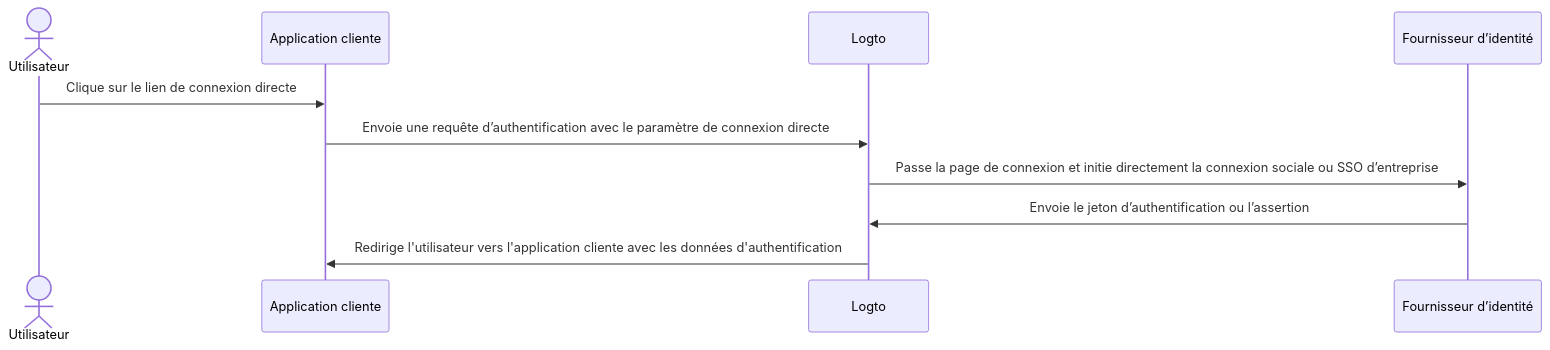
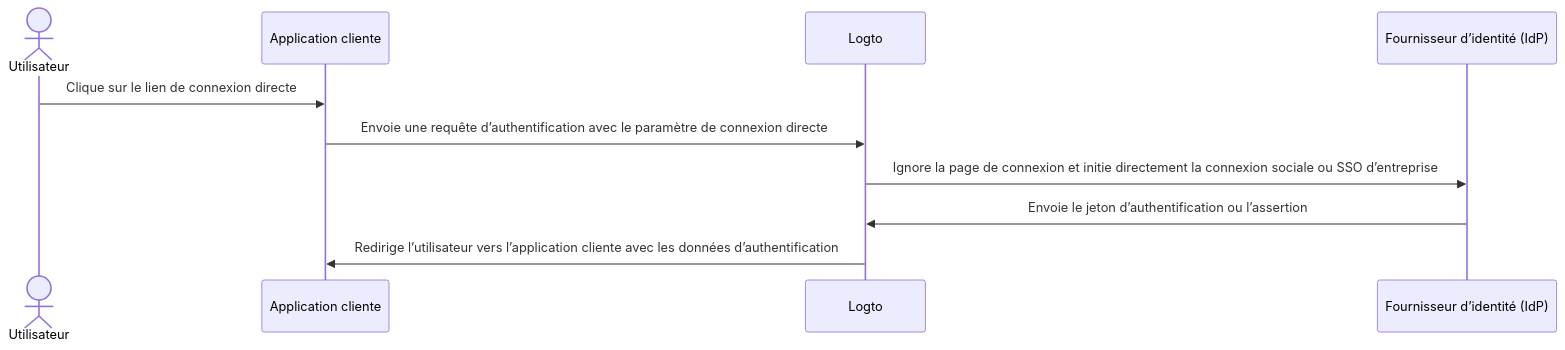
One commit to logto-io/docs changed the diagram in i18n/fr/docusaurus-plugin-content-docs/current/end-user-flows/authentication-parameters/direct-sign-in.mdx. Above: the diagram before and after it, drawn with Mermaid. The commit also changed other lines of this file and 63 other files, not shown here.

````diff
--- a/i18n/fr/docusaurus-plugin-content-docs/current/end-user-flows/authentication-parameters/direct-sign-in.mdx
+++ b/i18n/fr/docusaurus-plugin-content-docs/current/end-user-flows/authentication-parameters/direct-sign-in.mdx
@@ -11,13 +11,13 @@
 ```mermaid
 sequenceDiagram
     actor user as Utilisateur
     participant app as Application cliente
     participant logto as Logto
-    participant idp as Fournisseur d’identité
+    participant idp as Fournisseur d’identité (IdP)
 
     user->>app: Clique sur le lien de connexion directe
     app->>logto: Envoie une requête d’authentification avec le paramètre de connexion directe
-    logto->>idp: Passe la page de connexion et initie directement la connexion sociale ou SSO d’entreprise
+    logto->>idp: Ignore la page de connexion et initie directement la connexion sociale ou SSO d’entreprise
     idp->>logto: Envoie le jeton d’authentification ou l’assertion
-    logto->>app: Redirige l'utilisateur vers l'application cliente avec les données d'authentification
+    logto->>app: Redirige l’utilisateur vers l’application cliente avec les données d’authentification
 ```
````
